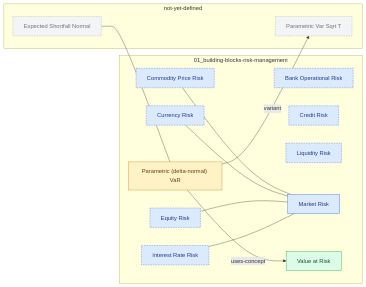
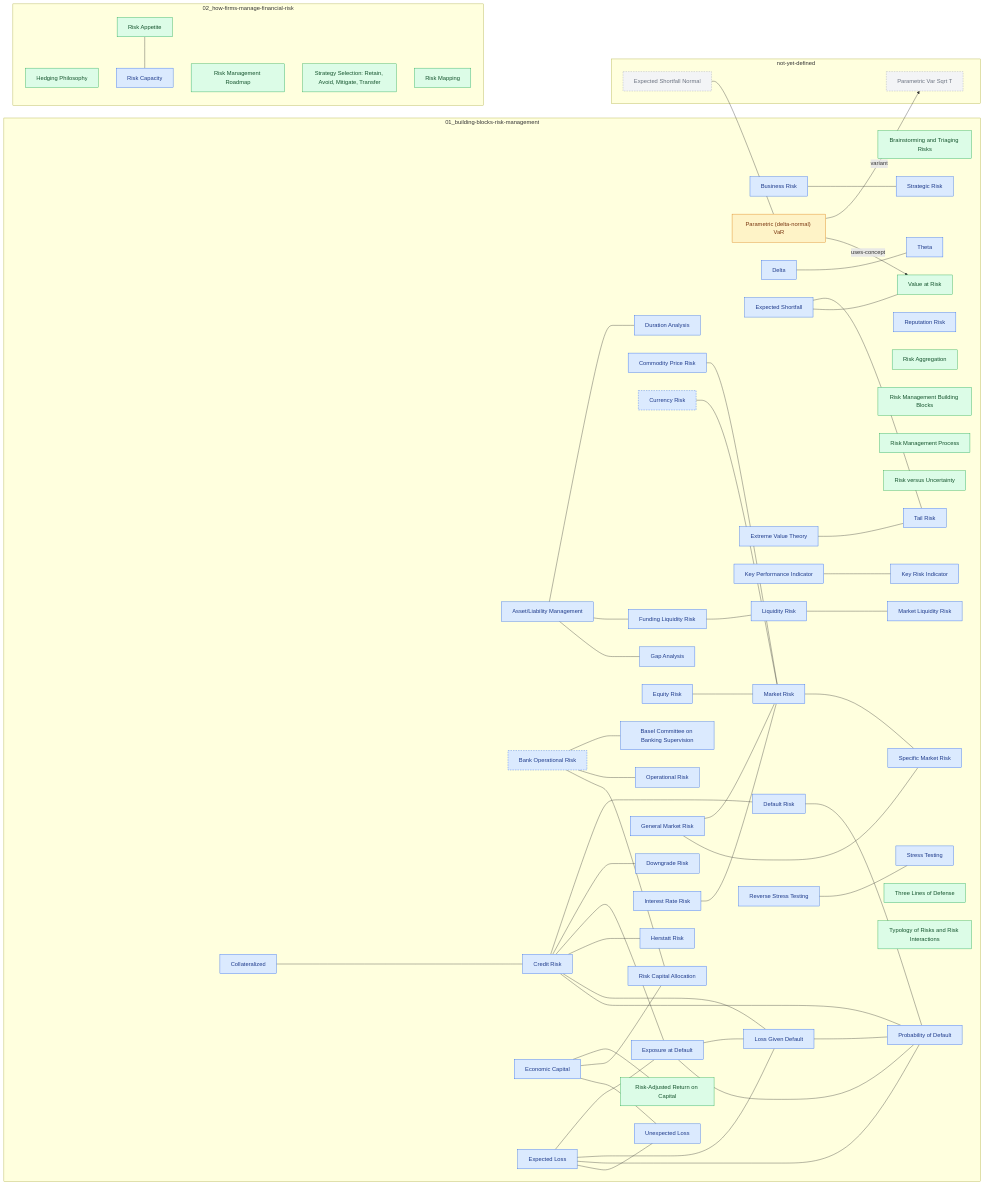
The diagram in graph/concept-graph.md (nislip/FRM-course-materials), drawn with Mermaid before and after one commit. The commit also changed other lines of this file and 8 other files, not shown here.

````diff
--- a/graph/concept-graph.md
+++ b/graph/concept-graph.md
@@ -9,36 +9,121 @@
 ```mermaid
 flowchart LR
   subgraph 01_building_blocks_risk_management["01_building-blocks-risk-management"]
+    asset_liability_management["Asset/Liability Management"]
     bank_operational_risk["Bank Operational Risk"]
+    basel_committee["Basel Committee on Banking Supervision"]
+    brainstorming_and_triaging_risks["Brainstorming and Triaging Risks"]
+    business_risk["Business Risk"]
+    collateralized["Collateralized"]
     commodity_price_risk["Commodity Price Risk"]
     credit_risk["Credit Risk"]
     currency_risk["Currency Risk"]
+    default_risk["Default Risk"]
+    delta["Delta"]
+    downgrade_risk["Downgrade Risk"]
+    duration_analysis["Duration Analysis"]
+    economic_capital["Economic Capital"]
     equity_risk["Equity Risk"]
+    expected_loss["Expected Loss"]
+    expected_shortfall["Expected Shortfall"]
+    exposure_at_default["Exposure at Default"]
+    extreme_value_theory["Extreme Value Theory"]
+    funding_liquidity_risk["Funding Liquidity Risk"]
+    gap_analysis["Gap Analysis"]
+    general_market_risk["General Market Risk"]
+    herstatt_risk["Herstatt Risk"]
     interest_rate_risk["Interest Rate Risk"]
+    key_performance_indicator["Key Performance Indicator"]
+    key_risk_indicator["Key Risk Indicator"]
     liquidity_risk["Liquidity Risk"]
+    loss_given_default["Loss Given Default"]
+    market_liquidity_risk["Market Liquidity Risk"]
     market_risk["Market Risk"]
+    operational_risk["Operational Risk"]
     parametric_var["Parametric (delta-normal) VaR"]
+    probability_of_default["Probability of Default"]
+    raroc["Risk-Adjusted Return on Capital"]
+    reputation_risk["Reputation Risk"]
+    reverse_stress_testing["Reverse Stress Testing"]
+    risk_aggregation["Risk Aggregation"]
+    risk_capital_allocation["Risk Capital Allocation"]
+    risk_management_building_blocks["Risk Management Building Blocks"]
+    risk_management_process["Risk Management Process"]
+    risk_versus_uncertainty["Risk versus Uncertainty"]
+    specific_market_risk["Specific Market Risk"]
+    strategic_risk["Strategic Risk"]
+    stress_testing["Stress Testing"]
+    tail_risk["Tail Risk"]
+    theta["Theta"]
+    three_lines_of_defense["Three Lines of Defense"]
+    typology_of_risks["Typology of Risks and Risk Interactions"]
+    unexpected_loss["Unexpected Loss"]
     value_at_risk["Value at Risk"]
+  end
+  subgraph 02_how_firms_manage_financial_risk["02_how-firms-manage-financial-risk"]
+    hedging_philosophy["Hedging Philosophy"]
+    risk_appetite["Risk Appetite"]
+    risk_capacity["Risk Capacity"]
+    risk_management_roadmap["Risk Management Roadmap"]
+    risk_management_strategy_selection["Strategy Selection: Retain, Avoid, Mitigate, Transfer"]
+    risk_mapping["Risk Mapping"]
   end
   subgraph not_yet_defined["not-yet-defined"]
     expected_shortfall_normal["Expected Shortfall Normal"]
     parametric_var_sqrt_t["Parametric Var Sqrt T"]
   end
+  asset_liability_management --- duration_analysis
+  asset_liability_management --- funding_liquidity_risk
+  asset_liability_management --- gap_analysis
+  bank_operational_risk --- basel_committee
+  bank_operational_risk --- operational_risk
+  bank_operational_risk --- risk_capital_allocation
+  business_risk --- strategic_risk
+  collateralized --- credit_risk
   commodity_price_risk --- market_risk
+  credit_risk --- default_risk
+  credit_risk --- downgrade_risk
+  credit_risk --- exposure_at_default
+  credit_risk --- herstatt_risk
+  credit_risk --- loss_given_default
+  credit_risk --- probability_of_default
   currency_risk --- market_risk
+  default_risk --- probability_of_default
+  delta --- theta
+  economic_capital --- raroc
+  economic_capital --- risk_capital_allocation
+  economic_capital --- unexpected_loss
   equity_risk --- market_risk
+  expected_loss --- exposure_at_default
+  expected_loss --- loss_given_default
+  expected_loss --- probability_of_default
+  expected_loss --- unexpected_loss
+  expected_shortfall --- tail_risk
+  expected_shortfall --- value_at_risk
   expected_shortfall_normal --- parametric_var
+  exposure_at_default --- loss_given_default
+  exposure_at_default --- probability_of_default
+  extreme_value_theory --- tail_risk
+  funding_liquidity_risk --- liquidity_risk
+  general_market_risk --- market_risk
+  general_market_risk --- specific_market_risk
   interest_rate_risk --- market_risk
+  key_performance_indicator --- key_risk_indicator
+  liquidity_risk --- market_liquidity_risk
+  loss_given_default --- probability_of_default
+  market_risk --- specific_market_risk
   parametric_var -->|variant| parametric_var_sqrt_t
   parametric_var -->|uses-concept| value_at_risk
+  reverse_stress_testing --- stress_testing
+  risk_appetite --- risk_capacity
   classDef term fill:#dbeafe,stroke:#2563eb,color:#1e3a8a
   classDef concept fill:#dcfce7,stroke:#16a34a,color:#14532d
   classDef formula fill:#fef3c7,stroke:#d97706,color:#78350f
   classDef missing fill:#f3f4f6,stroke:#9ca3af,color:#6b7280,stroke-dasharray:4 3
   classDef incomplete stroke-dasharray:4 3
-  class bank_operational_risk,commodity_price_risk,credit_risk,currency_risk,equity_risk,interest_rate_risk,liquidity_risk,market_risk term
-  class value_at_risk concept
+  class asset_liability_management,bank_operational_risk,basel_committee,business_risk,collateralized,commodity_price_risk,credit_risk,currency_risk,default_risk,delta,downgrade_risk,duration_analysis,economic_capital,equity_risk,expected_loss,expected_shortfall,exposure_at_default,extreme_value_theory,funding_liquidity_risk,gap_analysis,general_market_risk,herstatt_risk,interest_rate_risk,key_performance_indicator,key_risk_indicator,liquidity_risk,loss_given_default,market_liquidity_risk,market_risk,operational_risk,probability_of_default,reputation_risk,reverse_stress_testing,risk_capacity,risk_capital_allocation,specific_market_risk,strategic_risk,stress_testing,tail_risk,theta,unexpected_loss term
+  class brainstorming_and_triaging_risks,hedging_philosophy,raroc,risk_aggregation,risk_appetite,risk_management_building_blocks,risk_management_process,risk_management_roadmap,risk_management_strategy_selection,risk_mapping,risk_versus_uncertainty,three_lines_of_defense,typology_of_risks,value_at_risk concept
   class parametric_var formula
   class expected_shortfall_normal,parametric_var_sqrt_t missing
-  class bank_operational_risk,commodity_price_risk,credit_risk,currency_risk,equity_risk,interest_rate_risk,liquidity_risk incomplete
+  class bank_operational_risk,currency_risk incomplete
 ```
````
